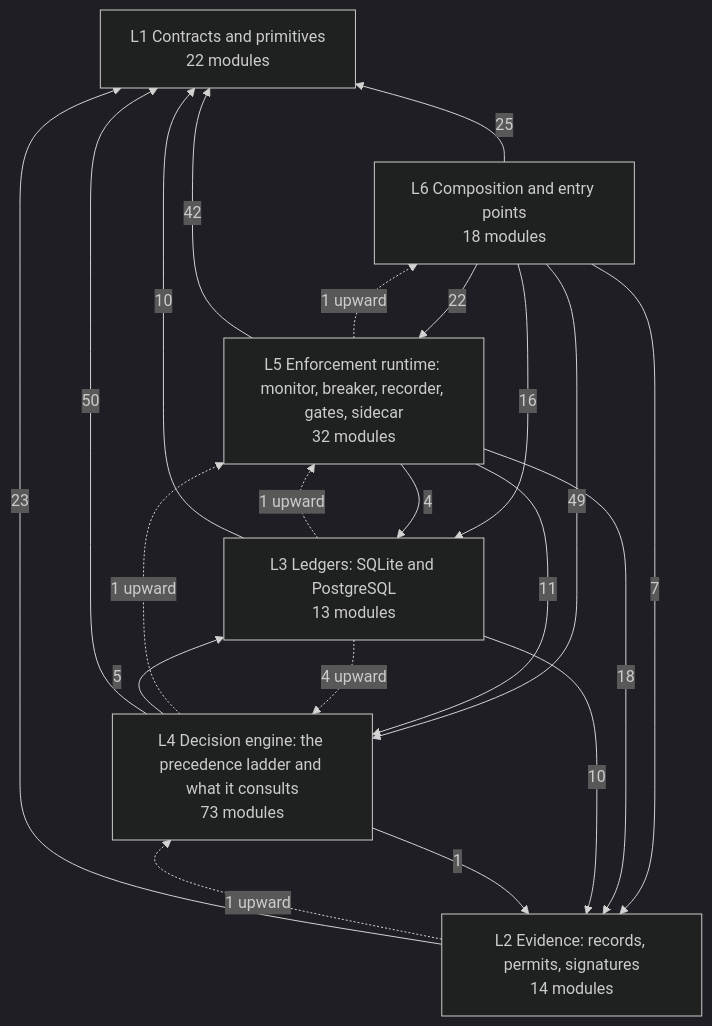
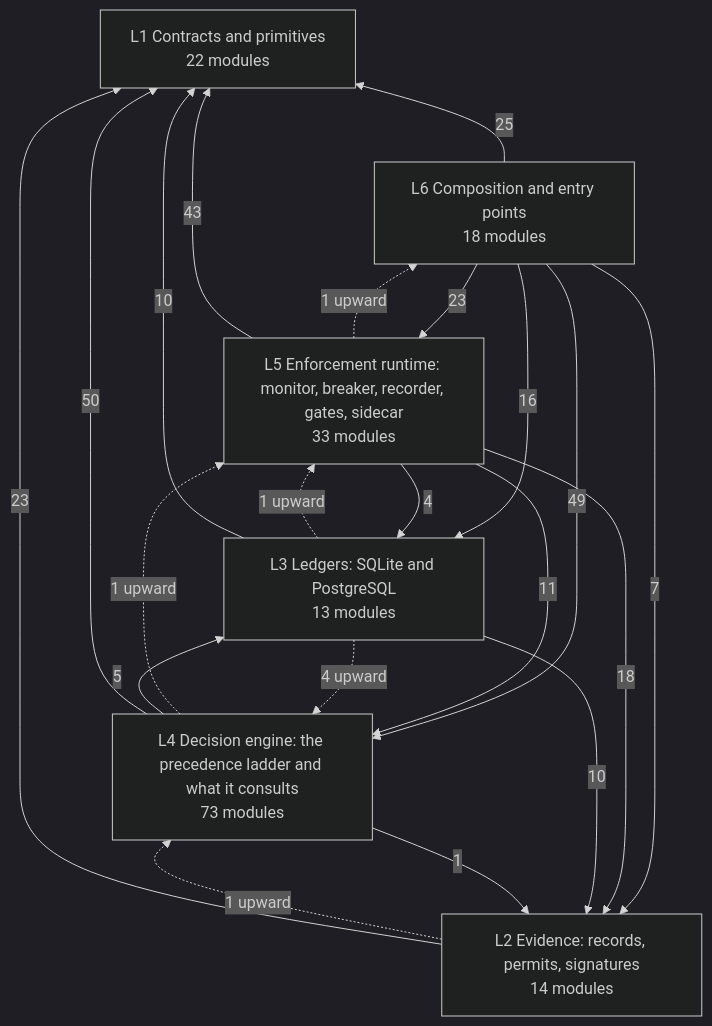
The diagram in docs/architecture/DEPENDENCIES.md (LOLA0786/privatevault-agent-dna), drawn with Mermaid (dark theme) before and after one commit. The commit also changed other lines of this file and 20 other files, not shown here.

````diff
--- a/docs/architecture/DEPENDENCIES.md
+++ b/docs/architecture/DEPENDENCIES.md
@@ -12,29 +12,29 @@
 ```mermaid
 flowchart BT
   L1["L1 Contracts and primitives<br/>22 modules"]
   L2["L2 Evidence: records, permits, signatures<br/>14 modules"]
   L3["L3 Ledgers: SQLite and PostgreSQL<br/>13 modules"]
   L4["L4 Decision engine: the precedence ladder and what it consults<br/>73 modules"]
-  L5["L5 Enforcement runtime: monitor, breaker, recorder, gates, sidecar<br/>32 modules"]
+  L5["L5 Enforcement runtime: monitor, breaker, recorder, gates, sidecar<br/>33 modules"]
   L6["L6 Composition and entry points<br/>18 modules"]
   L2 -->|23| L1
   L3 -->|10| L1
   L3 -->|10| L2
   L4 -->|50| L1
   L4 -->|1| L2
   L4 -->|5| L3
-  L5 -->|42| L1
+  L5 -->|43| L1
   L5 -->|18| L2
   L5 -->|4| L3
   L5 -->|11| L4
   L6 -->|25| L1
   L6 -->|7| L2
   L6 -->|16| L3
   L6 -->|49| L4
-  L6 -->|22| L5
+  L6 -->|23| L5
   L2 -.->|1 upward| L4
   L3 -.->|4 upward| L4
   L3 -.->|1 upward| L5
   L4 -.->|1 upward| L5
   L5 -.->|1 upward| L6
 ```
````
